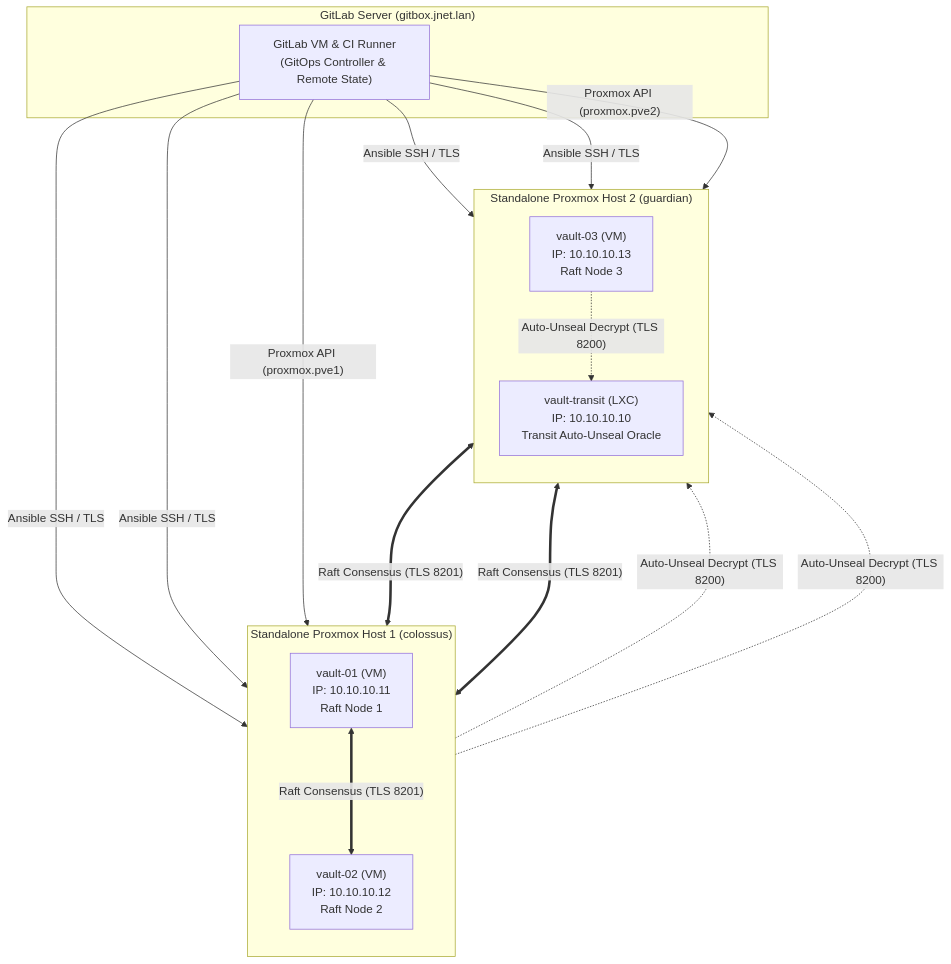
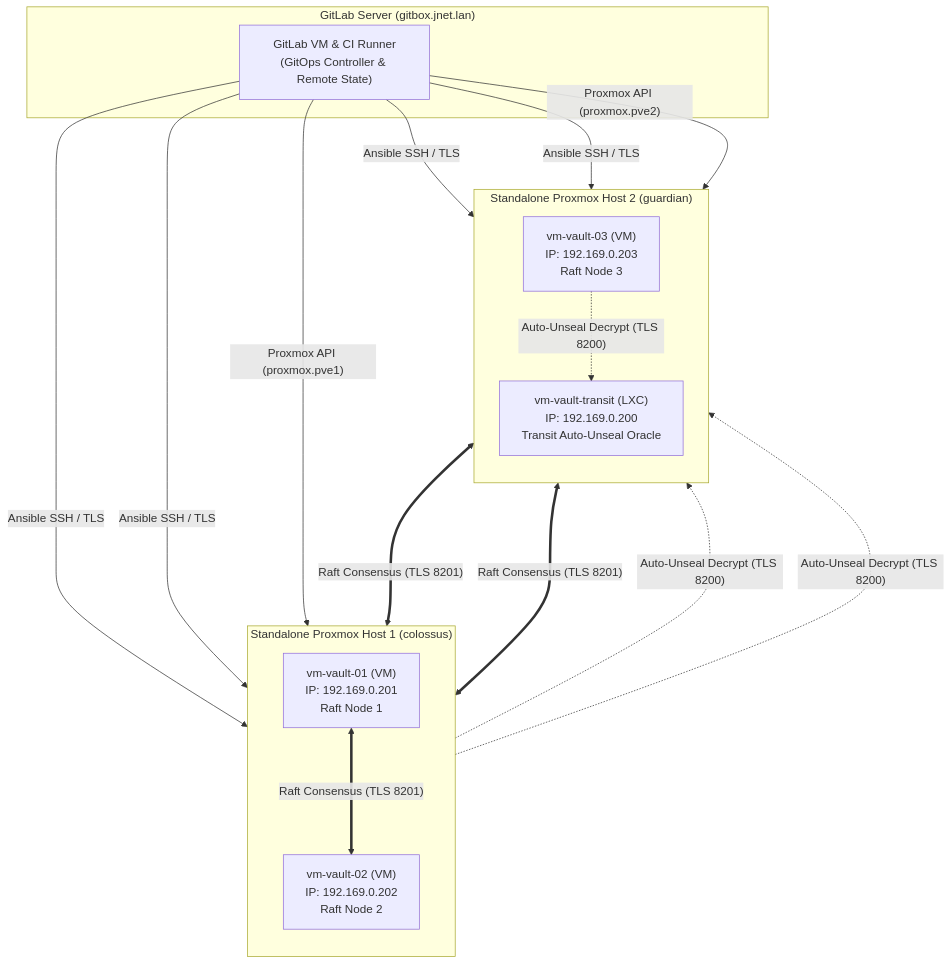
Before and after one commit to antonj-code/vault-bootstrap: the diagram in README.md, drawn with Mermaid. The commit also changed other lines of this file and 9 other files, not shown here.

````diff
--- a/README.md
+++ b/README.md
@@ -9,33 +9,33 @@
 ```mermaid
 flowchart TB
     subgraph Host1["Standalone Proxmox Host 1 (colossus)"]
         direction TB
-        V1["vault-01 (VM)<br/>IP: 10.10.10.11<br/>Raft Node 1"]
-        V2["vault-02 (VM)<br/>IP: 10.10.10.12<br/>Raft Node 2"]
+        V1["vm-vault-01 (VM)<br/>IP: 192.169.0.201<br/>Raft Node 1"]
+        V2["vm-vault-02 (VM)<br/>IP: 192.169.0.202<br/>Raft Node 2"]
     end
 
     subgraph Host2["Standalone Proxmox Host 2 (guardian)"]
         direction TB
-        V3["vault-03 (VM)<br/>IP: 10.10.10.13<br/>Raft Node 3"]
-        VT["vault-transit (LXC)<br/>IP: 10.10.10.10<br/>Transit Auto-Unseal Oracle"]
+        V3["vm-vault-03 (VM)<br/>IP: 192.169.0.203<br/>Raft Node 3"]
+        VT["vm-vault-transit (LXC)<br/>IP: 192.169.0.200<br/>Transit Auto-Unseal Oracle"]
     end
 
     subgraph Management["GitLab Server (gitbox.jnet.lan)"]
         GL["GitLab VM & CI Runner<br/>(GitOps Controller & Remote State)"]
     end
 
     V1 <===>|"Raft Consensus (TLS 8201)"| V2
     V2 <===>|"Raft Consensus (TLS 8201)"| V3
     V3 <===>|"Raft Consensus (TLS 8201)"| V1
 
     V1 -.->|"Auto-Unseal Decrypt (TLS 8200)"| VT
     V2 -.->|"Auto-Unseal Decrypt (TLS 8200)"| VT
     V3 -.->|"Auto-Unseal Decrypt (TLS 8200)"| VT
 
     GL -->|"Proxmox API (proxmox.pve1)"| Host1
     GL -->|"Proxmox API (proxmox.pve2)"| Host2
     GL -->|"Ansible SSH / TLS"| V1
     GL -->|"Ansible SSH / TLS"| V2
     GL -->|"Ansible SSH / TLS"| V3
     GL -->|"Ansible SSH / TLS"| VT
 ```
````
